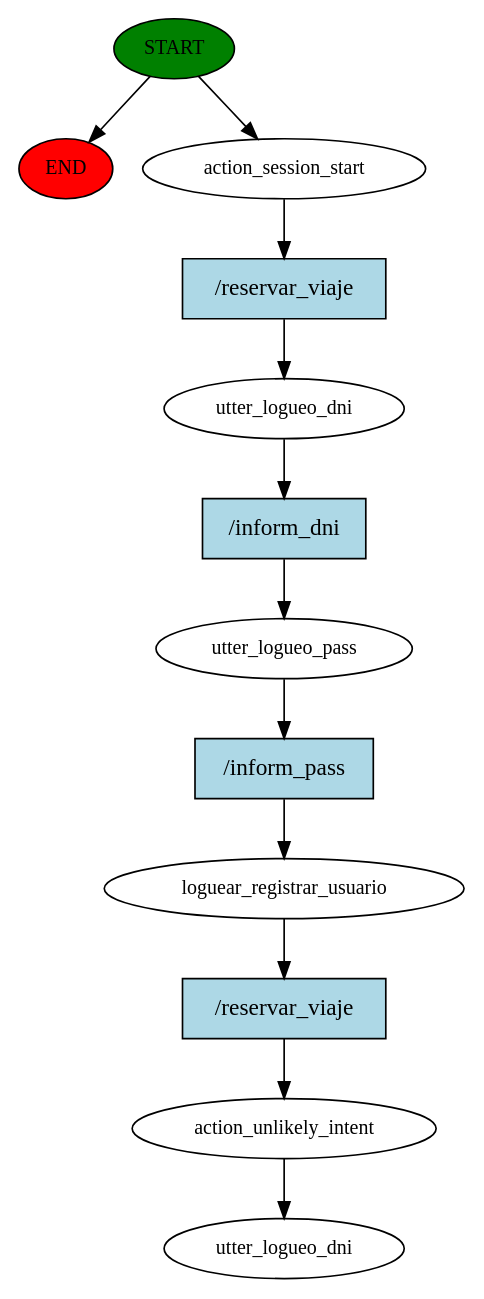
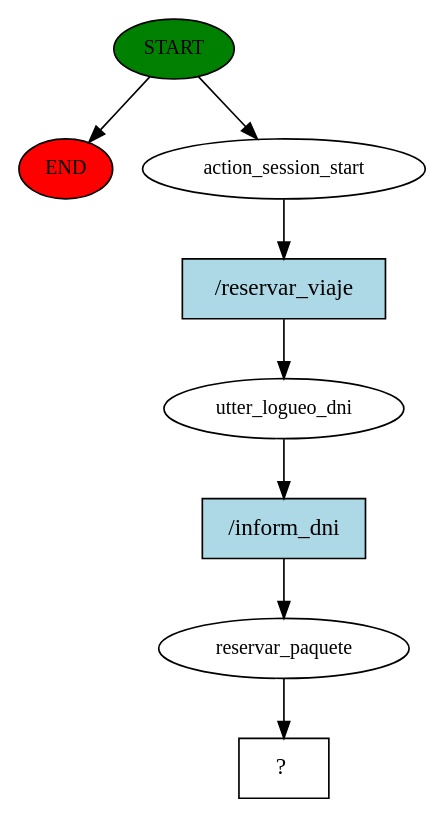
One commit to eliseovillaok/chatbot changed the diagram in story_graph.dot. Above: the diagram before and after it, drawn with Graphviz. The commit also changed 405 other files, not shown here.

```diff
--- a/story_graph.dot
+++ b/story_graph.dot
@@ -1,25 +1,17 @@
 digraph  {
 0 [class="start active", fillcolor=green, fontsize=12, label=START, style=filled];
 "-1" [class=end, fillcolor=red, fontsize=12, label=END, style=filled];
 1 [class=active, fontsize=12, label=action_session_start];
 2 [class=active, fontsize=12, label=utter_logueo_dni];
-3 [class=active, fontsize=12, label=utter_logueo_pass];
-4 [class=active, fontsize=12, label=loguear_registrar_usuario];
-5 [class=active, fontsize=12, label=action_unlikely_intent];
-6 [class="dashed active", fontsize=12, label=utter_logueo_dni];
-7 [class="intent active", fillcolor=lightblue, label="/reservar_viaje", shape=rect, style=filled];
-8 [class="intent active", fillcolor=lightblue, label="/inform_dni", shape=rect, style=filled];
-9 [class="intent active", fillcolor=lightblue, label="/inform_pass", shape=rect, style=filled];
-10 [class="intent active", fillcolor=lightblue, label="/reservar_viaje", shape=rect, style=filled];
+3 [class=active, fontsize=12, label=reservar_paquete];
+4 [class="intent dashed active", label="  ?  ", shape=rect];
+5 [class="intent active", fillcolor=lightblue, label="/reservar_viaje", shape=rect, style=filled];
+6 [class="intent active", fillcolor=lightblue, label="/inform_dni", shape=rect, style=filled];
 0 -> "-1"  [class="", key=NONE, label=""];
 0 -> 1  [class=active, key=NONE, label=""];
-1 -> 7  [class=active, key=0];
-2 -> 8  [class=active, key=0];
-3 -> 9  [class=active, key=0];
-4 -> 10  [class=active, key=0];
-5 -> 6  [class=active, key=NONE, label=""];
-7 -> 2  [class=active, key=0];
-8 -> 3  [class=active, key=0];
-9 -> 4  [class=active, key=0];
-10 -> 5  [class=active, key=0];
+1 -> 5  [class=active, key=0];
+2 -> 6  [class=active, key=0];
+3 -> 4  [class=active, key=NONE, label=""];
+5 -> 2  [class=active, key=0];
+6 -> 3  [class=active, key=0];
 }
```
